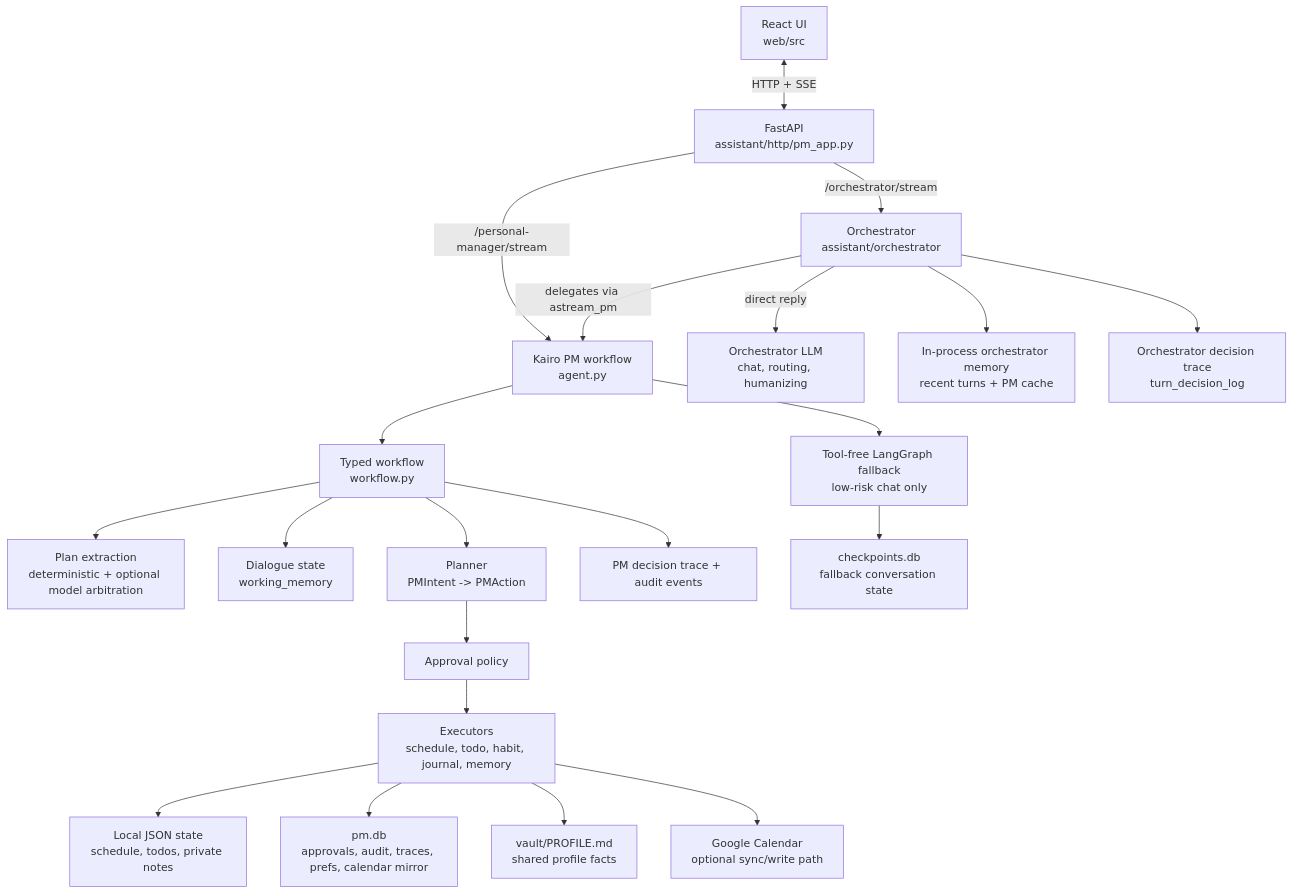
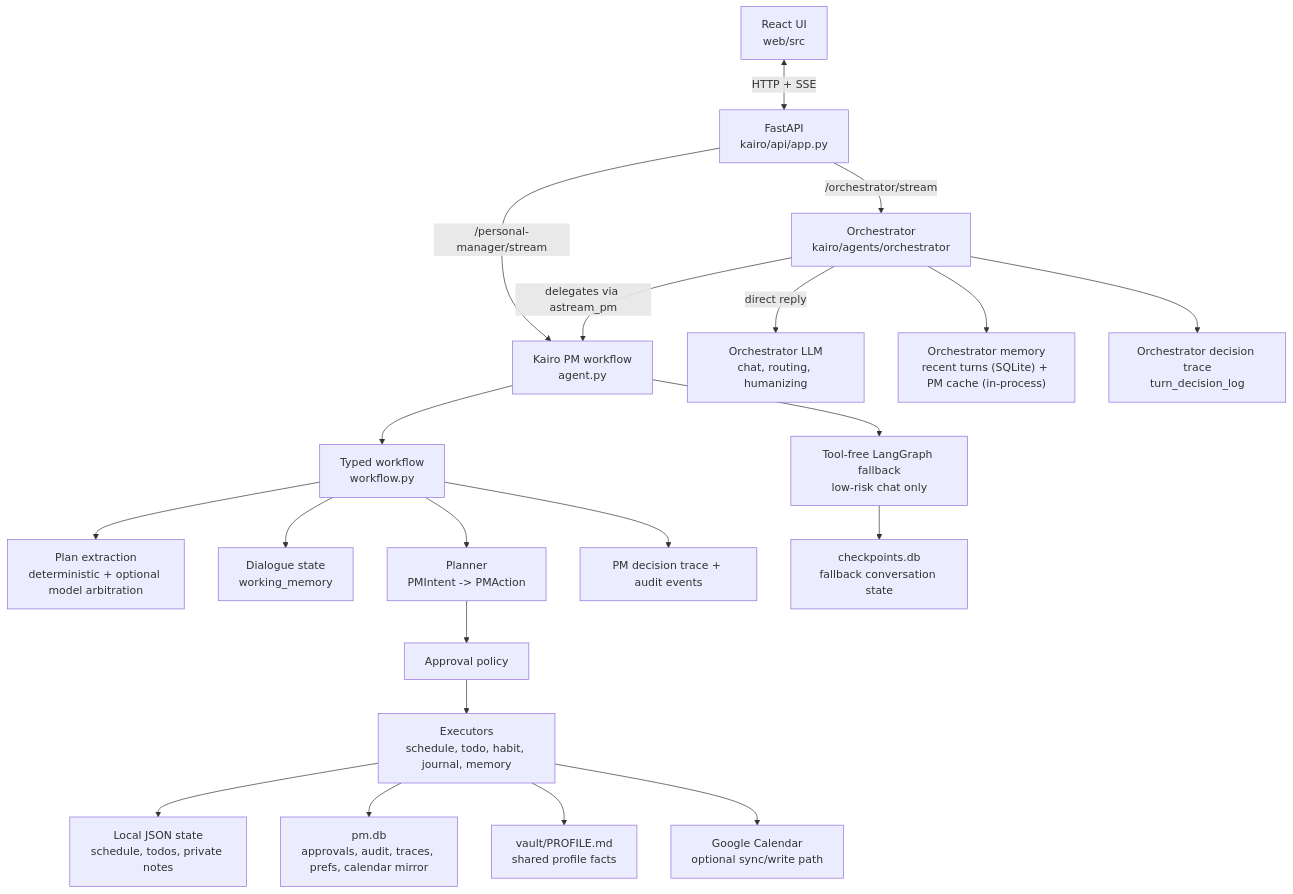
The first of 8 diagrams in ARCHITECTURE.md (JefferyLiu6/Kairo), drawn with Mermaid before and after one commit. The commit also changed other lines of this file and 271 other files, not shown here.

Commit message:
Phase 5a: kairo package layout (api, agents, tools, storage, core, utils) + evals outside

````diff
--- a/ARCHITECTURE.md
+++ b/ARCHITECTURE.md
@@ -22,28 +43,28 @@
 ```mermaid
 flowchart TB
-    UI["React UI<br/>web/src"] <-->|HTTP + SSE| API["FastAPI<br/>assistant/http/pm_app.py"]
+    UI["React UI<br/>web/src"] <-->|HTTP + SSE| API["FastAPI<br/>kairo/api/app.py"]
 
-    API -->|/orchestrator/stream| ORCH["Orchestrator<br/>assistant/orchestrator"]
+    API -->|/orchestrator/stream| ORCH["Orchestrator<br/>kairo/agents/orchestrator"]
     API -->|/personal-manager/stream| PM["Kairo PM workflow<br/>agent.py"]
     ORCH -->|delegates via astream_pm| PM
     ORCH -->|direct reply| OLLM["Orchestrator LLM<br/>chat, routing, humanizing"]
-    ORCH --> OMEM["In-process orchestrator memory<br/>recent turns + PM cache"]
+    ORCH --> OMEM["Orchestrator memory<br/>recent turns (SQLite) + PM cache (in-process)"]
     ORCH --> OTRACE["Orchestrator decision trace<br/>turn_decision_log"]
 
     PM --> TYPED["Typed workflow<br/>workflow.py"]
     PM --> FALLBACK["Tool-free LangGraph fallback<br/>low-risk chat only"]
 
     TYPED --> EXTRACT["Plan extraction<br/>deterministic + optional model arbitration"]
     TYPED --> STATE["Dialogue state<br/>working_memory"]
     TYPED --> PLAN["Planner<br/>PMIntent -> PMAction"]
     PLAN --> POLICY["Approval policy"]
     POLICY --> EXEC["Executors<br/>schedule, todo, habit, journal, memory"]
 
     TYPED --> OBS["PM decision trace + audit events"]
     FALLBACK --> CKPT["checkpoints.db<br/>fallback conversation state"]
 
     EXEC --> LOCAL["Local JSON state<br/>schedule, todos, private notes"]
     EXEC --> PMDB["pm.db<br/>approvals, audit, traces, prefs, calendar mirror"]
     EXEC --> VAULT["vault/PROFILE.md<br/>shared profile facts"]
     EXEC --> GCAL["Google Calendar<br/>optional sync/write path"]
 ```
````
